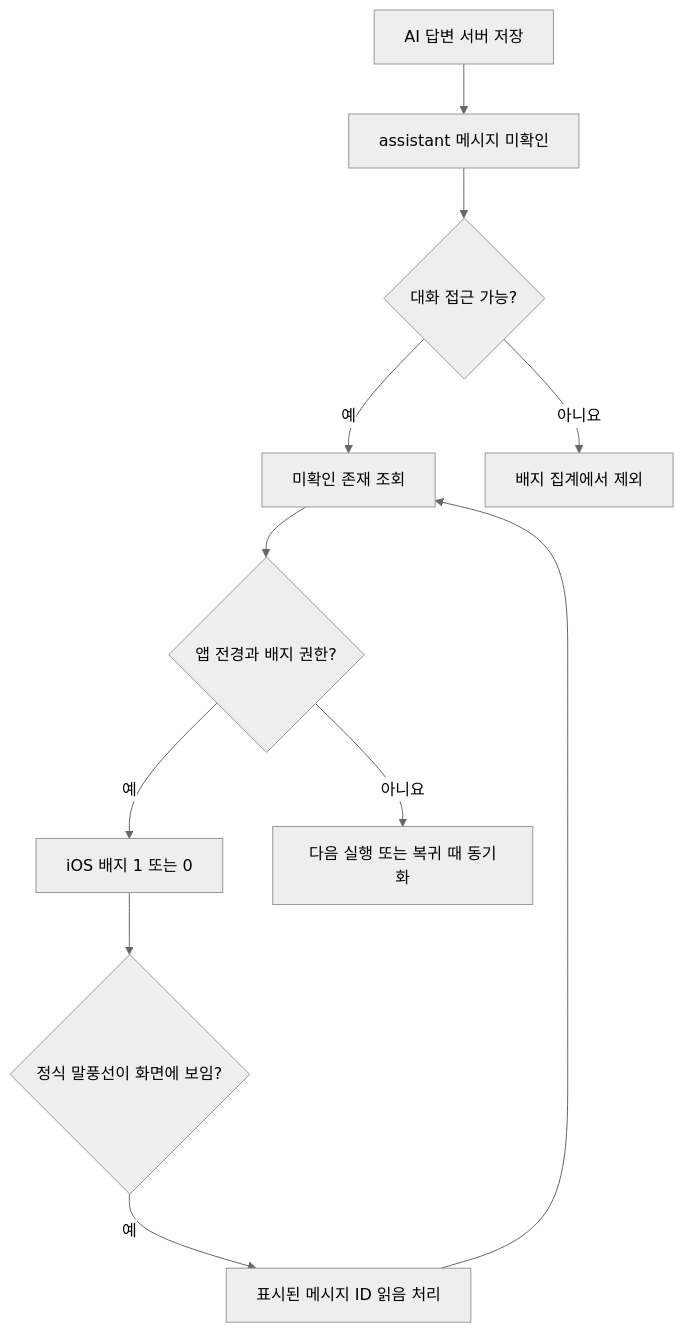
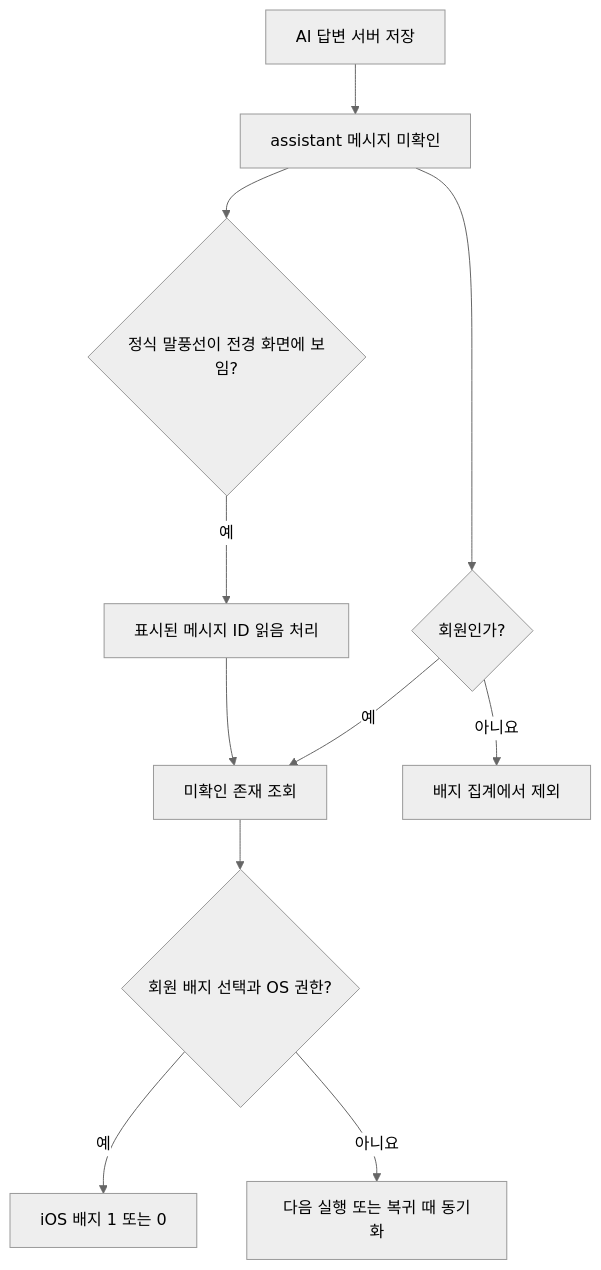
The diagram in docs/plans/2026-11-24-1732-feat-ios-unread-reply-badge-plan.md (Hyun-Jun-Lee/MoreThanHuman), drawn with Mermaid (neutral theme) before and after one commit. The commit also changed other lines of this file and 1 other file, not shown here.

````diff
--- a/docs/plans/2026-11-24-1732-feat-ios-unread-reply-badge-plan.md
+++ b/docs/plans/2026-11-24-1732-feat-ios-unread-reply-badge-plan.md
@@ -92,13 +100,13 @@
 ```mermaid
 flowchart TB
   A[AI 답변 서버 저장] --> B[assistant 메시지 미확인]
-  B --> C{대화 접근 가능?}
+  B --> C{회원인가?}
   C -->|예| D[미확인 존재 조회]
   C -->|아니요| E[배지 집계에서 제외]
-  D --> F{앱 전경과 배지 권한?}
+  D --> F{회원 배지 선택과 OS 권한?}
   F -->|예| G[iOS 배지 1 또는 0]
   F -->|아니요| H[다음 실행 또는 복귀 때 동기화]
-  G --> I{정식 말풍선이 화면에 보임?}
+  B --> I{정식 말풍선이 전경 화면에 보임?}
   I -->|예| J[표시된 메시지 ID 읽음 처리]
   J --> D
 ```
````
